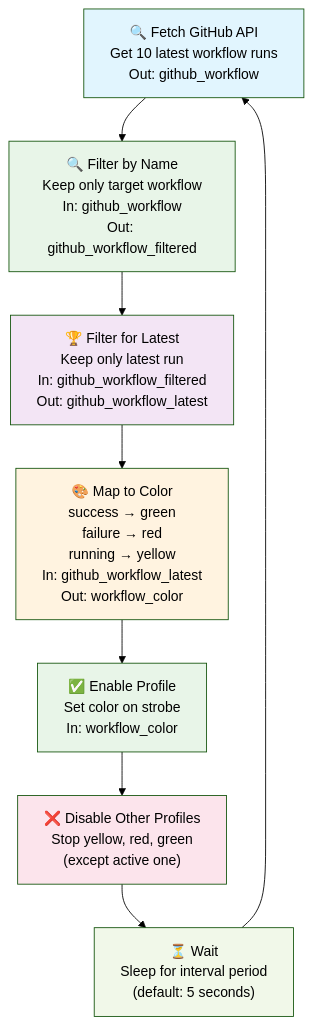
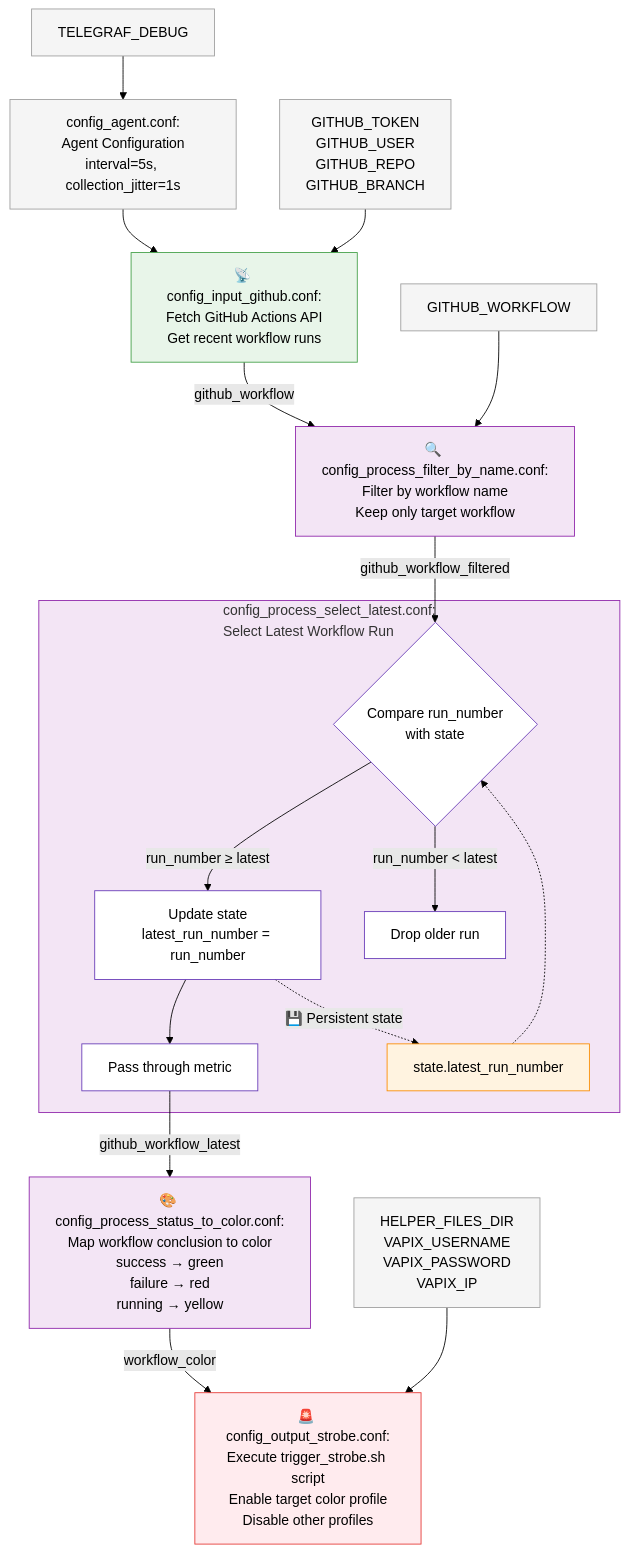
Before and after one commit to fixedit-ai/fixedit-data-agent-examples: the second of 3 diagrams in README.md, drawn with Mermaid (forest theme). The commit also changed 1 other file, not shown here.

Commit message:
Update diagram

````diff
--- a/README.md
+++ b/README.md
@@ -70,18 +70,44 @@
 ```mermaid
 flowchart TD
-    A["🔍 Fetch GitHub API<br/>Get 10 latest workflow runs<br/>Out: github_workflow"] --> B["🔍 Filter by Name<br/>Keep only target workflow<br/>In: github_workflow<br/>Out: github_workflow_filtered"]
-    B --> C["🏆 Filter for Latest<br/>Keep only latest run<br/>In: github_workflow_filtered<br/>Out: github_workflow_latest"]
-    C --> D["🎨 Map to Color<br/>success → green<br/>failure → red<br/>running → yellow<br/>In: github_workflow_latest<br/>Out: workflow_color"]
-    D --> E["✅ Enable Profile<br/>Set color on strobe<br/>In: workflow_color"]
-    E --> F["❌ Disable Other Profiles<br/>Stop yellow, red, green<br/>(except active one)"]
-    F --> G["⏳ Wait<br/>Sleep for interval period<br/>(default: 5 seconds)"]
-    G --> A
+    XAgent["config_agent.conf:<br/>Agent Configuration<br/>interval=5s, collection_jitter=1s"] --> A
+    XDebug["TELEGRAF_DEBUG"] --> XAgent
 
-    style A fill:#e1f5fe
-    style B fill:#e8f5e8
-    style C fill:#f3e5f5
-    style D fill:#fff3e0
-    style E fill:#e8f5e8
-    style F fill:#fce4ec
-    style G fill:#f1f8e9
+    A["📡 config_input_github.conf:<br/>Fetch GitHub Actions API<br/>Get recent workflow runs"] -->|github_workflow| B["🔍 config_process_filter_by_name.conf:<br/>Filter by workflow name<br/>Keep only target workflow"]
+
+    XGithubCreds["GITHUB_TOKEN<br/>GITHUB_USER<br/>GITHUB_REPO<br/>GITHUB_BRANCH"] --> A
+    XWorkflowName["GITHUB_WORKFLOW"] --> B
+
+    B -->|github_workflow_filtered| C1
+
+    subgraph SelectLatest ["config_process_select_latest.conf:<br/>Select Latest Workflow Run"]
+        C1{"Compare run_number<br/>with state"}
+        C1 -->|"run_number ≥ latest"| C2["Update state<br/>latest_run_number = run_number"]
+        C1 -->|"run_number < latest"| C3["Drop older run"]
+        C2 --> C4["Pass through metric"]
+
+        C2 -.->|"💾 Persistent state"| CX["state.latest_run_number"]
+        CX -.-> C1
+    end
+
+    C4 -->|github_workflow_latest| D["🎨 config_process_status_to_color.conf:<br/>Map workflow conclusion to color<br/>success → green<br/>failure → red<br/>running → yellow"]
+
+    D -->|workflow_color| E["🚨 config_output_strobe.conf:<br/>Execute trigger_strobe.sh script<br/>Enable target color profile<br/>Disable other profiles"]
+
+    XVapix["HELPER_FILES_DIR<br/>VAPIX_USERNAME<br/>VAPIX_PASSWORD<br/>VAPIX_IP"] --> E
+
+    style XAgent fill:#f5f5f5,stroke:#9e9e9e
+    style XDebug fill:#f5f5f5,stroke:#9e9e9e
+    style XGithubCreds fill:#f5f5f5,stroke:#9e9e9e
+    style XWorkflowName fill:#f5f5f5,stroke:#9e9e9e
+    style XVapix fill:#f5f5f5,stroke:#9e9e9e
+    style A fill:#e8f5e9,stroke:#43a047
+    style B fill:#f3e5f5,stroke:#8e24aa
+    style SelectLatest fill:#f3e5f5,stroke:#8e24aa
+    style C1 fill:#ffffff,stroke:#673ab7
+    style C2 fill:#ffffff,stroke:#673ab7
+    style C3 fill:#ffffff,stroke:#673ab7
+    style C4 fill:#ffffff,stroke:#673ab7
+    style CX fill:#fff3e0,stroke:#fb8c00
+    style D fill:#f3e5f5,stroke:#8e24aa
+    style E fill:#ffebee,stroke:#e53935
 ```
````
